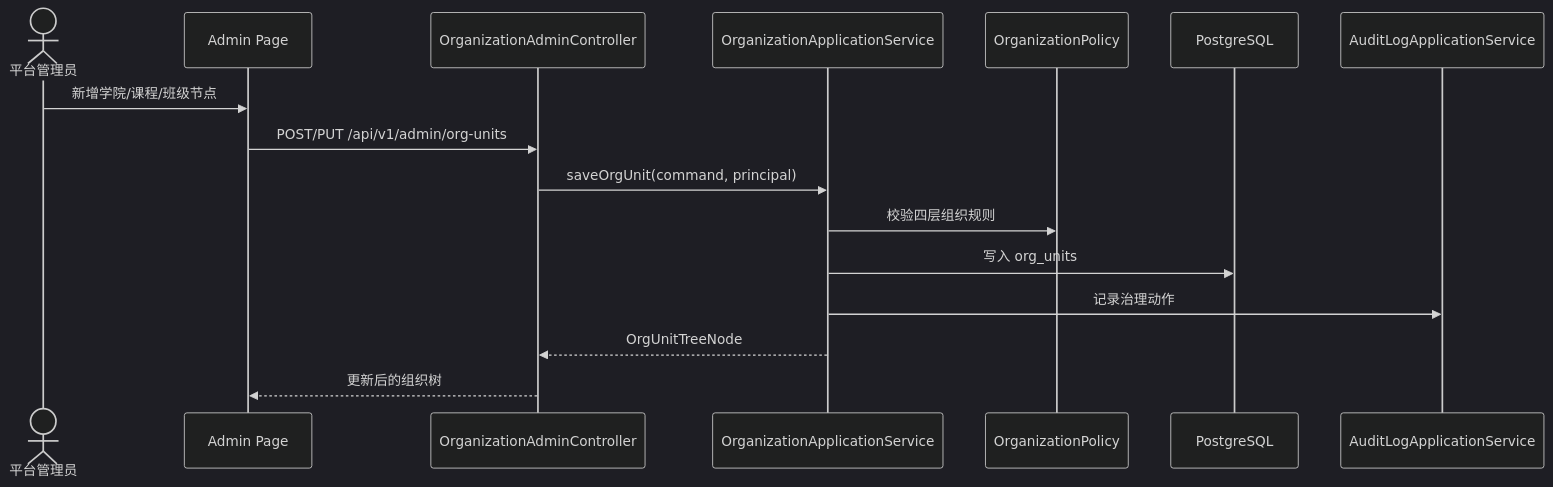
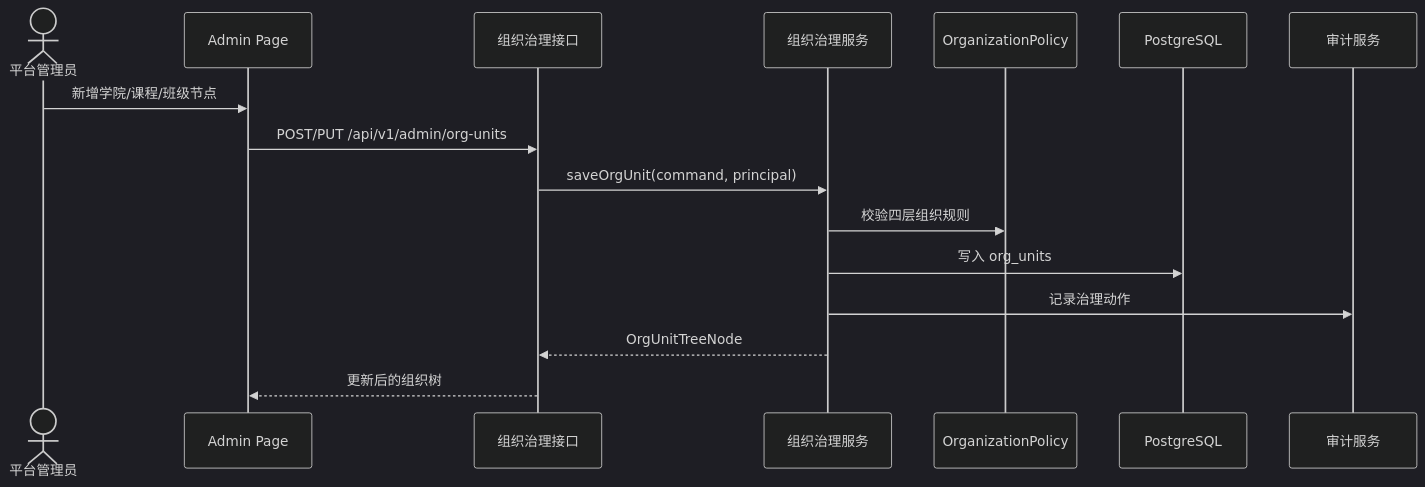
Before and after one commit to BUAA-SEProject/docs: the sixth of 36 diagrams in 02-process-docs/detailed-design.md, drawn with Mermaid (dark theme). The commit also changed other lines of this file and 6 other files, not shown here.

````diff
--- a/02-process-docs/detailed-design.md
+++ b/02-process-docs/detailed-design.md
@@ -221,19 +221,19 @@
 ```mermaid
 sequenceDiagram
   actor Admin as 平台管理员
   participant W as Admin Page
-  participant C as OrganizationAdminController
-  participant S as OrganizationApplicationService
+  participant C as 组织治理接口
+  participant S as 组织治理服务
   participant P as OrganizationPolicy
   participant DB as PostgreSQL
-  participant Audit as AuditLogApplicationService
+  participant Audit as 审计服务
 
   Admin->>W: 新增学院/课程/班级节点
   W->>C: POST/PUT /api/v1/admin/org-units
   C->>S: saveOrgUnit(command, principal)
   S->>P: 校验四层组织规则
   S->>DB: 写入 org_units
   S->>Audit: 记录治理动作
   S-->>C: OrgUnitTreeNode
   C-->>W: 更新后的组织树
 ```
````
